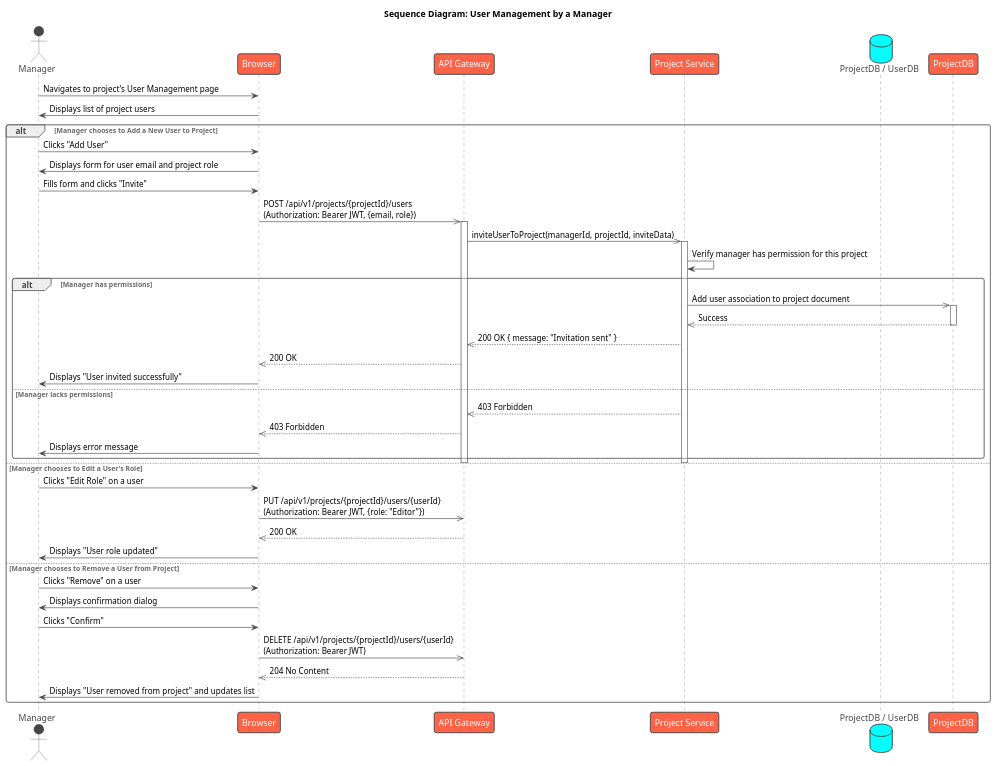
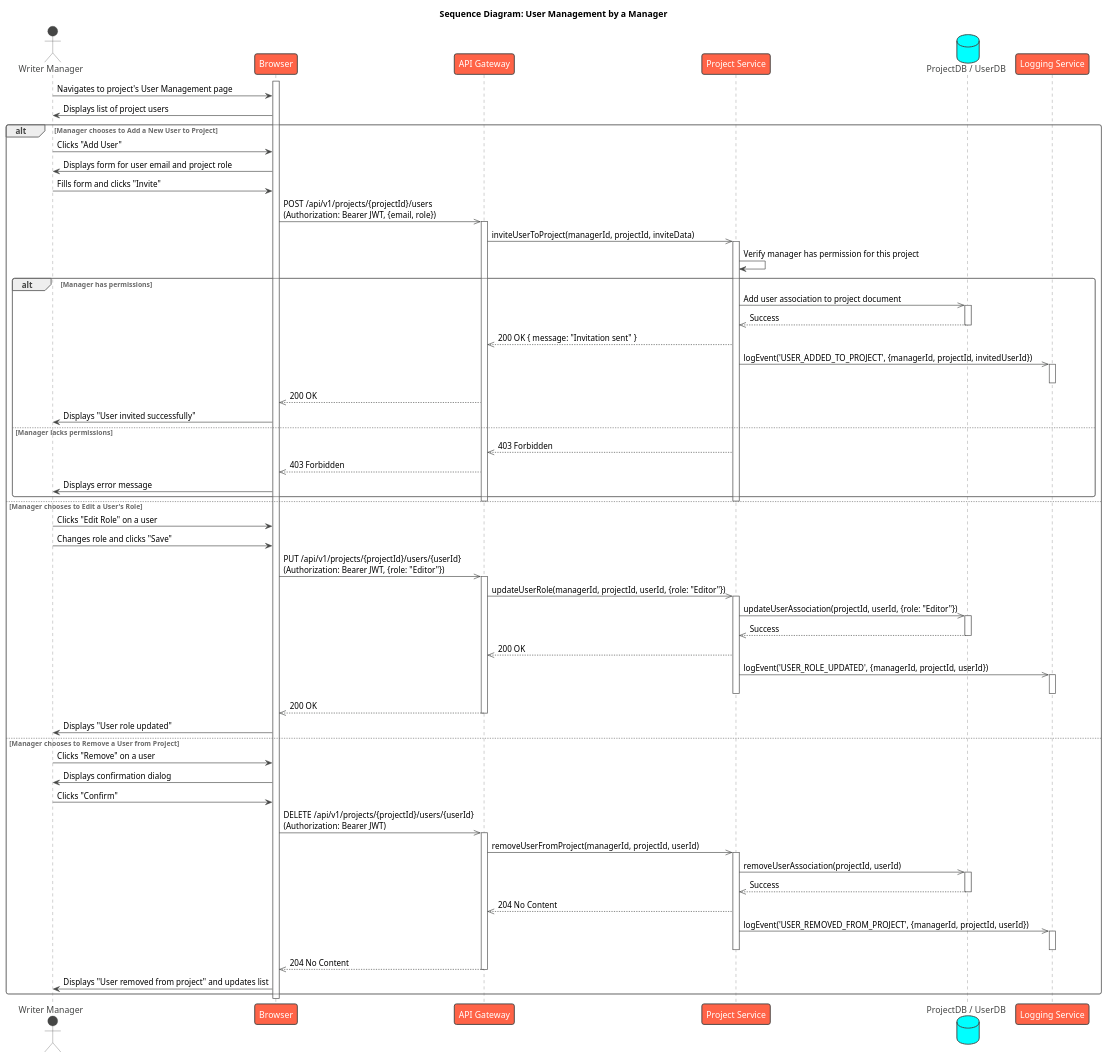
One commit to Arado3333/PageByPage_Israel_Arad changed the diagram in UML/Sequences/Writer/UserManagement.puml. Above: the diagram before and after it, drawn with PlantUML. The commit also changed 17 other files, not shown here.

Commit message:
updated diagrams

```diff
--- a/UML/Sequences/Writer/UserManagement.puml
+++ b/UML/Sequences/Writer/UserManagement.puml
@@ -1,64 +1,102 @@
 @startuml
 !theme vibrant
 
 title Sequence Diagram: User Management by a Manager
 
-actor "Manager"
+actor "Writer Manager" as Manager
 participant "Browser"
 participant "API Gateway" as Gateway
 participant "Project Service" as ProjectService
-database "ProjectDB / UserDB"
+database "ProjectDB / UserDB" as ProjectDB
+participant "Logging Service" as LoggingService
 
+activate Browser
 Manager -> Browser : Navigates to project's User Management page
 ' ... The list of users associated with the project is fetched and displayed ...
 Browser -> Manager : Displays list of project users
 
 alt Manager chooses to Add a New User to Project
 
     Manager -> Browser : Clicks "Add User"
     Browser -> Manager : Displays form for user email and project role
     Manager -> Browser : Fills form and clicks "Invite"
     Browser ->> Gateway : POST /api/v1/projects/{projectId}/users\n(Authorization: Bearer JWT, {email, role})
     activate Gateway
     Gateway ->> ProjectService : inviteUserToProject(managerId, projectId, inviteData)
     activate ProjectService
     
     ProjectService -> ProjectService : Verify manager has permission for this project
     alt Manager has permissions
         ProjectService ->> ProjectDB : Add user association to project document
         activate ProjectDB
         ProjectDB -->> ProjectService : Success
         deactivate ProjectDB
         ProjectService -->> Gateway : 200 OK { message: "Invitation sent" }
+        
+        ' Asynchronous Logging
+        ProjectService ->> LoggingService : logEvent('USER_ADDED_TO_PROJECT', {managerId, projectId, invitedUserId})
+        activate LoggingService
+        deactivate LoggingService
+
         Gateway -->> Browser : 200 OK
         Browser -> Manager : Displays "User invited successfully"
     else Manager lacks permissions
         ProjectService -->> Gateway : 403 Forbidden
         Gateway -->> Browser : 403 Forbidden
         Browser -> Manager : Displays error message
     end
     deactivate ProjectService
     deactivate Gateway
 
 else Manager chooses to Edit a User's Role
 
     Manager -> Browser : Clicks "Edit Role" on a user
-    ' ... similar flow to add, but using PUT on a specific user's association ...
+    Manager -> Browser : Changes role and clicks "Save"
     Browser ->> Gateway : PUT /api/v1/projects/{projectId}/users/{userId}\n(Authorization: Bearer JWT, {role: "Editor"})
-    ' ... server validates and updates ...
+    activate Gateway
+    Gateway ->> ProjectService : updateUserRole(managerId, projectId, userId, {role: "Editor"})
+    activate ProjectService
+    ProjectService ->> ProjectDB : updateUserAssociation(projectId, userId, {role: "Editor"})
+    activate ProjectDB
+    ProjectDB -->> ProjectService : Success
+    deactivate ProjectDB
+    ProjectService -->> Gateway : 200 OK
+    
+    ' Asynchronous Logging
+    ProjectService ->> LoggingService : logEvent('USER_ROLE_UPDATED', {managerId, projectId, userId})
+    activate LoggingService
+    deactivate LoggingService
+
+    deactivate ProjectService
     Gateway -->> Browser : 200 OK
+    deactivate Gateway
     Browser -> Manager : Displays "User role updated"
 
 else Manager chooses to Remove a User from Project
 
     Manager -> Browser : Clicks "Remove" on a user
     Browser -> Manager : Displays confirmation dialog
     Manager -> Browser : Clicks "Confirm"
     Browser ->> Gateway : DELETE /api/v1/projects/{projectId}/users/{userId}\n(Authorization: Bearer JWT)
-    ' ... server verifies permissions and removes the user-project association ...
+    activate Gateway
+    Gateway ->> ProjectService : removeUserFromProject(managerId, projectId, userId)
+    activate ProjectService
+    ProjectService ->> ProjectDB : removeUserAssociation(projectId, userId)
+    activate ProjectDB
+    ProjectDB -->> ProjectService : Success
+    deactivate ProjectDB
+    ProjectService -->> Gateway : 204 No Content
+    
+    ' Asynchronous Logging
+    ProjectService ->> LoggingService : logEvent('USER_REMOVED_FROM_PROJECT', {managerId, projectId, userId})
+    activate LoggingService
+    deactivate LoggingService
+
+    deactivate ProjectService
     Gateway -->> Browser : 204 No Content
+    deactivate Gateway
     Browser -> Manager : Displays "User removed from project" and updates list
 
 end
-
+deactivate Browser
 @enduml
```
